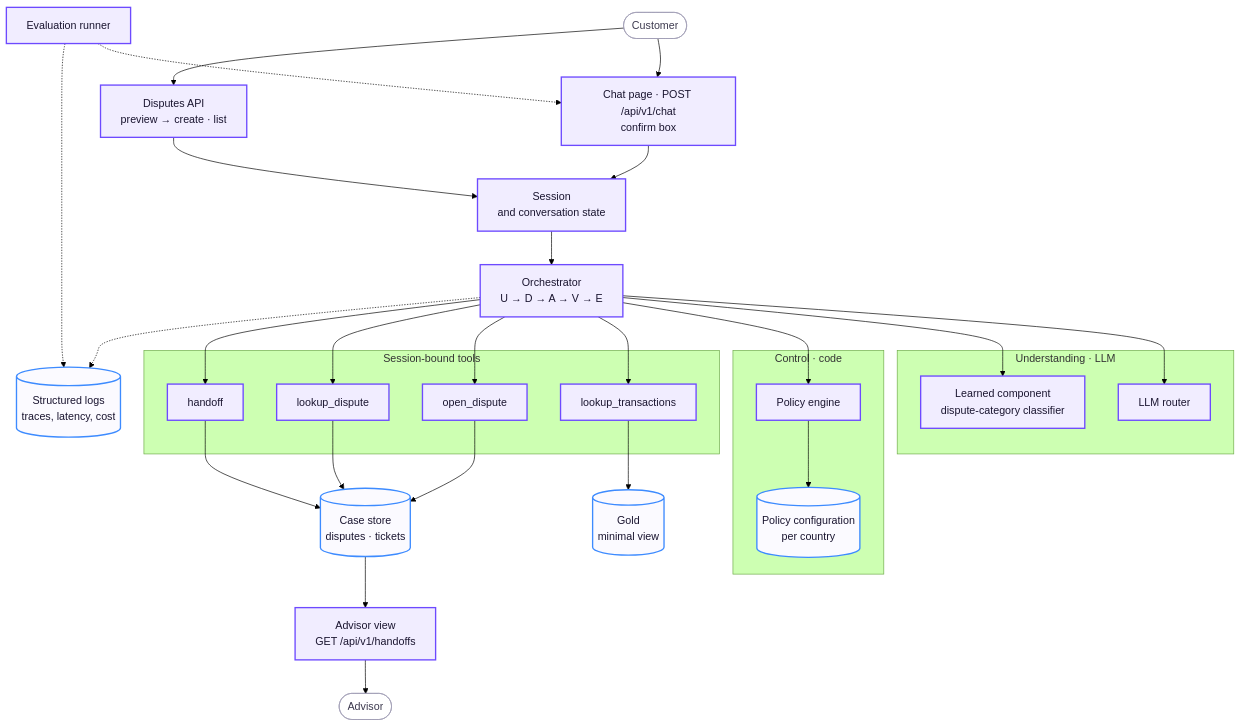
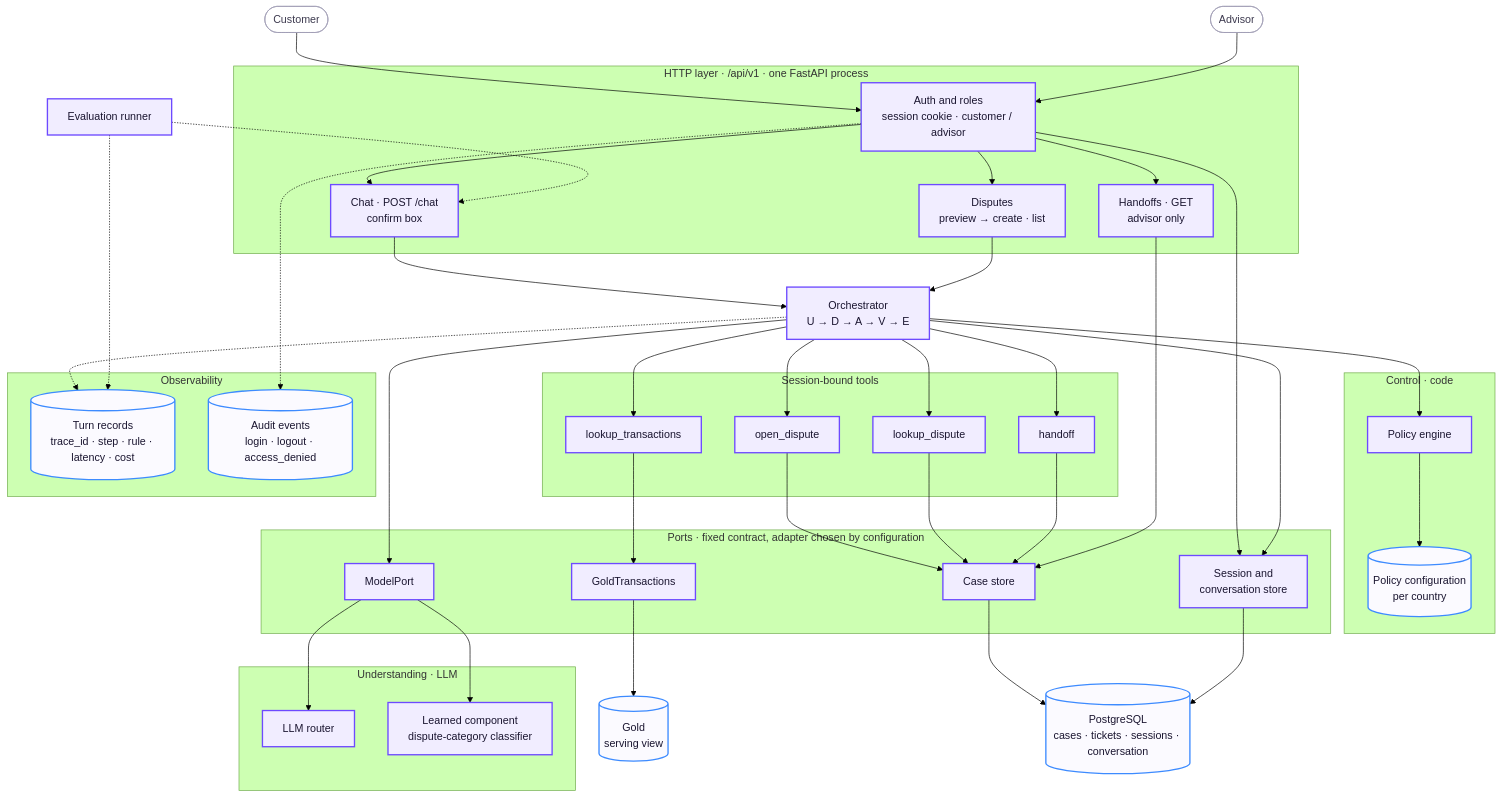
One commit to rdorta27/factored-hackathon-2026-sentinel-engine changed the second of 5 diagrams in docs/architecture/system-architecture.md. Above: the diagram before and after it, drawn with Mermaid (forest theme). The commit also changed other lines of this file and 1 other file, not shown here.

Commit message:
docs: expand the component diagrams with http layer, ports and observability
The component diagrams showed the logical flow but not why the demo and production run the same code, nor where auth, roles and logs sit.

Changes:
- add the http layer with auth and roles in front of chat, disputes and handoffs
- add the four ports and, in the demo, the adapters chosen by configuration with the mocks marked
- add turn records and audit events as observability sinks
- describe the http layer, ports and observability in the component table and the demo adapters

````diff
--- a/docs/architecture/system-architecture.md
+++ b/docs/architecture/system-architecture.md
@@ -46,43 +46,64 @@
 ```mermaid
 flowchart TB
-    client(["Customer"]) --> chat["Chat page · POST /api/v1/chat<br/>confirm box"]
-    client --> dapi["Disputes API<br/>preview → create · list"]
-    chat --> session["Session<br/>and conversation state"]
-    dapi --> session
-    session --> orch["Orchestrator<br/>U → D → A → V → E"]
+    client(["Customer"])
+    advisor(["Advisor"])
+
+    subgraph http["HTTP layer · /api/v1 · one FastAPI process"]
+        auth["Auth and roles<br/>session cookie · customer / advisor"]
+        chat["Chat · POST /chat<br/>confirm box"]
+        dapi["Disputes<br/>preview → create · list"]
+        hapi["Handoffs · GET<br/>advisor only"]
+    end
+    client --> auth
+    advisor --> auth
+    auth --> chat & dapi & hapi
+    chat & dapi --> orch["Orchestrator<br/>U → D → A → V → E"]
 
     subgraph understand["Understanding · LLM"]
         router["LLM router"]
         learned["Learned component<br/>dispute-category classifier"]
     end
     subgraph control["Control · code"]
         policy["Policy engine"]
         config[("Policy configuration<br/>per country")]
         policy --> config
     end
     subgraph toolset["Session-bound tools"]
         lookup["lookup_transactions"]
         open["open_dispute"]
         verify["lookup_dispute"]
         handoff["handoff"]
     end
+    subgraph ports["Ports · fixed contract, adapter chosen by configuration"]
+        mport["ModelPort"]
+        gport["GoldTransactions"]
+        cport["Case store"]
+        sport["Session and<br/>conversation store"]
+    end
 
-    orch --> router & learned & policy
+    orch --> policy
+    orch --> mport --> router & learned
     orch --> lookup & open & verify & handoff
-    lookup --> gold[("Gold<br/>minimal view")]
-    open --> disputes[("Case store<br/>disputes · tickets")]
-    verify --> disputes
-    handoff --> disputes
-    disputes --> aview["Advisor view<br/>GET /api/v1/handoffs"]
-    aview --> advisor(["Advisor"])
-    orch -.-> logs[("Structured logs<br/>traces, latency, cost")]
+    lookup --> gport --> gold[("Gold<br/>serving view")]
+    open & verify & handoff --> cport
+    hapi --> cport
+    auth --> sport
+    orch --> sport
+    cport & sport --> db[("PostgreSQL<br/>cases · tickets · sessions · conversation")]
+
+    subgraph obs["Observability"]
+        records[("Turn records<br/>trace_id · step · rule · latency · cost")]
+        audit[("Audit events<br/>login · logout · access_denied")]
+    end
+    orch -.-> records
+    auth -.-> audit
     evalr["Evaluation runner"] -.-> chat
-    evalr -.-> logs
+    evalr -.-> records
 
     classDef comp fill:#f1edff,stroke:#6d4aff,stroke-width:2px,color:#1a1530
     classDef store fill:#fbfaff,stroke:#3d8bff,stroke-width:2px,color:#1a1530
     classDef ext fill:#ffffff,stroke:#a09cb5,stroke-width:1px,color:#3d3a4f
-    class chat,dapi,session,orch,router,learned,policy,lookup,open,verify,handoff,aview,evalr comp
-    class config,gold,disputes,logs store
+    class auth,chat,dapi,hapi,orch,router,learned,policy,lookup,open,verify,handoff,mport,gport,cport,sport,evalr comp
+    class config,gold,db,records,audit store
     class client,advisor ext
 ```
````
